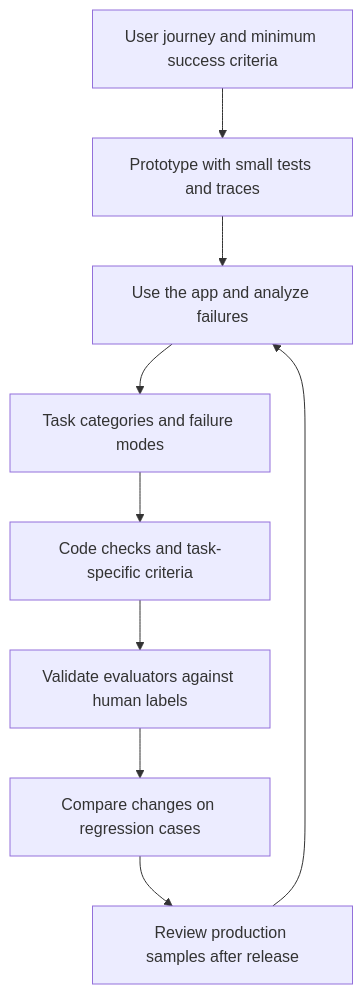
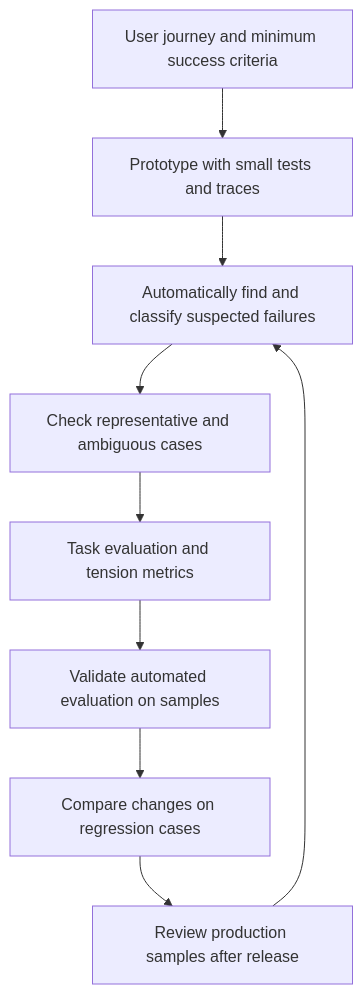
One commit to haandol/haandol.github.com changed the first of 3 diagrams in _en/2026-10-05-evaluating-new-agent-applications.md. Above: the diagram before and after it, drawn with Mermaid. The commit also changed other lines of this file and 1 other file, not shown here.

Commit message:
Expand evaluation playbook with automation and tension metrics

````diff
--- a/_en/2026-10-05-evaluating-new-agent-applications.md
+++ b/_en/2026-10-05-evaluating-new-agent-applications.md
@@ -39,11 +41,11 @@
 ```mermaid
 flowchart TD
     A["User journey and minimum success criteria"] --> B["Prototype with small tests and traces"]
-    B --> C["Use the app and analyze failures"]
-    C --> D["Task categories and failure modes"]
-    D --> E["Code checks and task-specific criteria"]
-    E --> F["Validate evaluators against human labels"]
+    B --> C["Automatically find and classify suspected failures"]
+    C --> D["Check representative and ambiguous cases"]
+    D --> E["Task evaluation and tension metrics"]
+    E --> F["Validate automated evaluation on samples"]
     F --> G["Compare changes on regression cases"]
     G --> H["Review production samples after release"]
     H --> C
 ```
````
